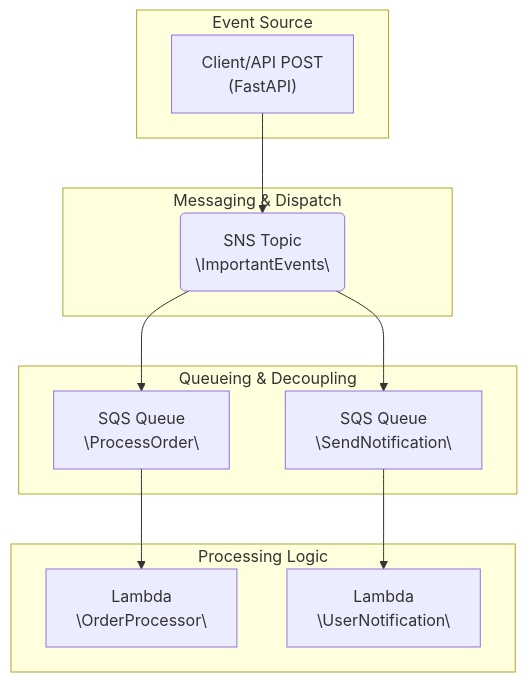
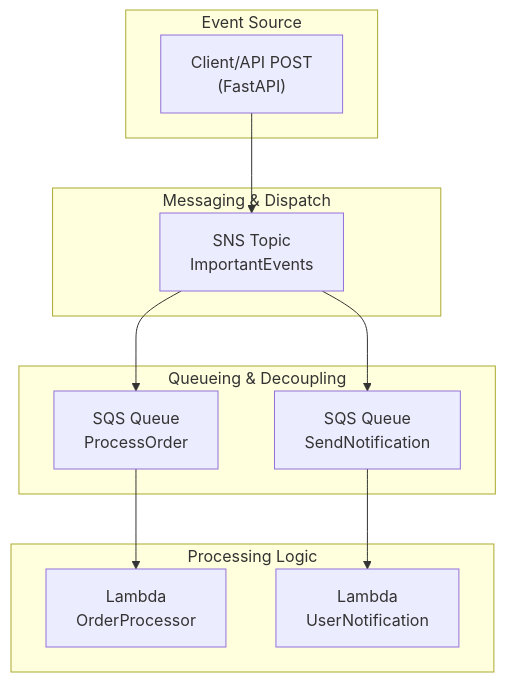
The diagram in README.md (rrbarrero/sns-sqs-lambda-poc), drawn with Mermaid before and after one commit.

````diff
--- a/README.md
+++ b/README.md
@@ -29,26 +29,32 @@
 ```mermaid
 graph TD
-    A["Client/API POST\n(FastAPI)"] --> B("SNS Topic\n\"ImportantEvents\"");
-    B --> C1["SQS Queue\n\"ProcessOrder\""];
-    B --> C2["SQS Queue\n\"SendNotification\""];
-    C1 --> D1["Lambda\n\"OrderProcessor\""];
-    C2 --> D2["Lambda\n\"UserNotification\""];
+    A["Client/API POST
+(FastAPI)"] --> B["SNS Topic
+ImportantEvents"];
+    B --> C1["SQS Queue
+ProcessOrder"];
+    B --> C2["SQS Queue
+SendNotification"];
+    C1 --> D1["Lambda
+OrderProcessor"];
+    C2 --> D2["Lambda
+UserNotification"];
 
     subgraph "Event Source"
         A
     end
 
     subgraph "Messaging & Dispatch"
         B
     end
 
     subgraph "Queueing & Decoupling"
         C1
         C2
     end
 
     subgraph "Processing Logic"
         D1
         D2
     end
 ```
````
